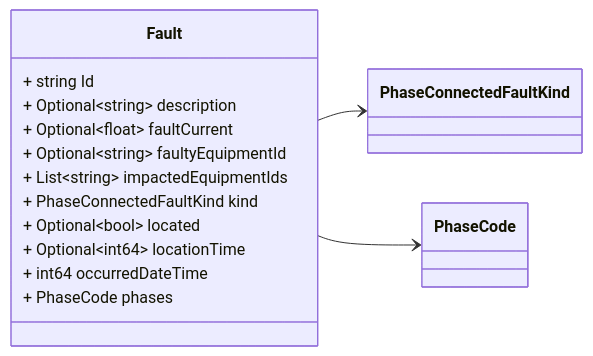
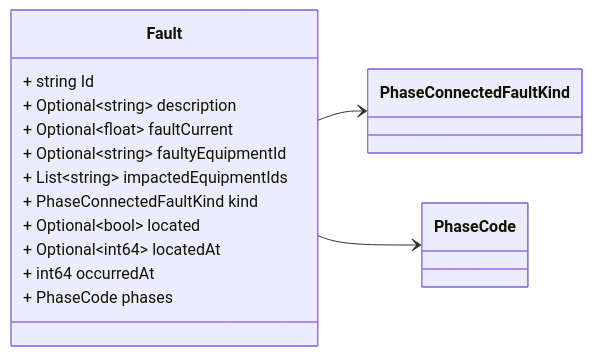
The third of 5 diagrams in docs/fault.proto.md (zaphiro-technologies/protobuf), drawn with Mermaid before and after one commit. The commit also changed other lines of this file and 4 other files, not shown here.

````diff
--- a/docs/fault.proto.md
+++ b/docs/fault.proto.md
@@ -152,30 +152,30 @@
 ```mermaid
 classDiagram
 direction LR
 
 %% Abnormal condition causing current flow through conducting equipment, such as caused by equipment failure or short circuits from objects not typically modelled (for example, a tree falling on a line).
 %% 
 %% This message is modeled after [CIM Fault](https://zepben.github.io/evolve/docs/cim/cim100/TC57CIM/IEC61970/Base/Faults/Fault) according to the extensions defined in the [fault-data-storage](https://github.com/zaphiro-technologies/architecture/blob/main/features/31-fault-data-storage.md#data-structures) feature.
 %% 
 %% Headers used in rabbitMQ:
 %% * `id`: id of the `Fault`
 %% * `type`: always `Fault`
 %% * `producerId`: the id of the producer (e.g. a PMU) linked to the notification.
 %% 
 
 class Fault {
   + string Id
   + Optional~string~ description
   + Optional~float~ faultCurrent
   + Optional~string~ faultyEquipmentId
   + List~string~ impactedEquipmentIds
   + PhaseConnectedFaultKind kind
   + Optional~bool~ located
-  + Optional~int64~ locationTime
-  + int64 occurredDateTime
+  + Optional~int64~ locatedAt
+  + int64 occurredAt
   + PhaseCode phases
 }
 Fault --> `PhaseConnectedFaultKind`
 Fault --> `PhaseCode`
 
 ```
````
